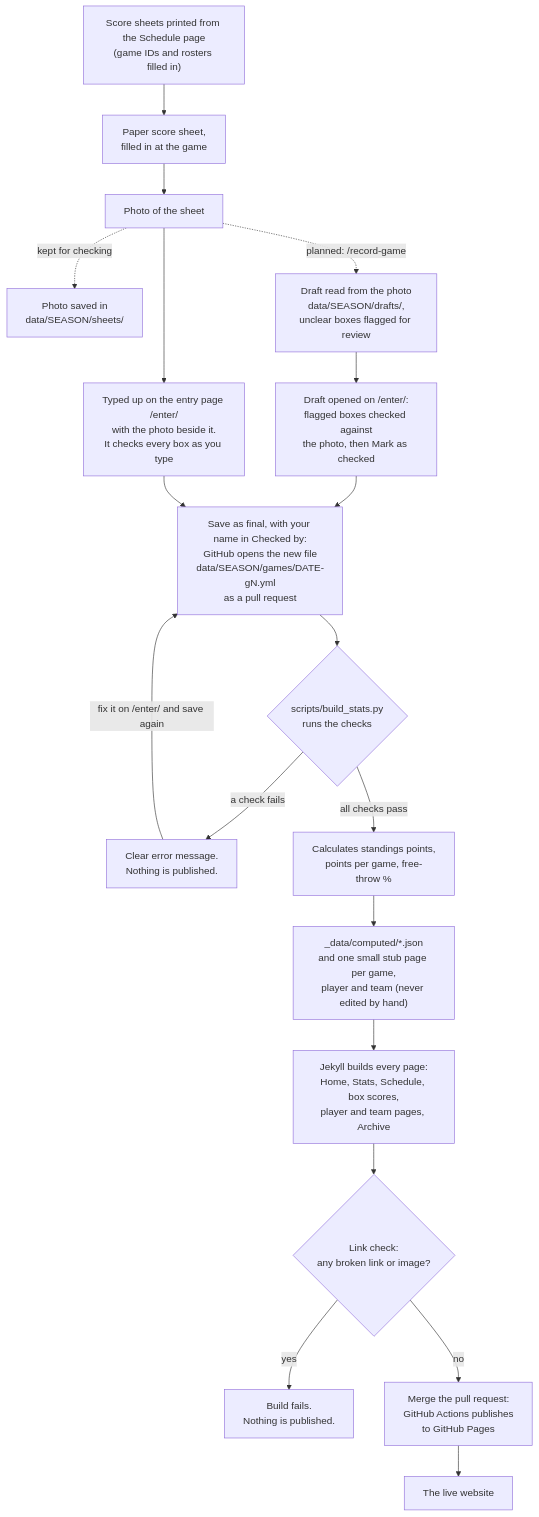
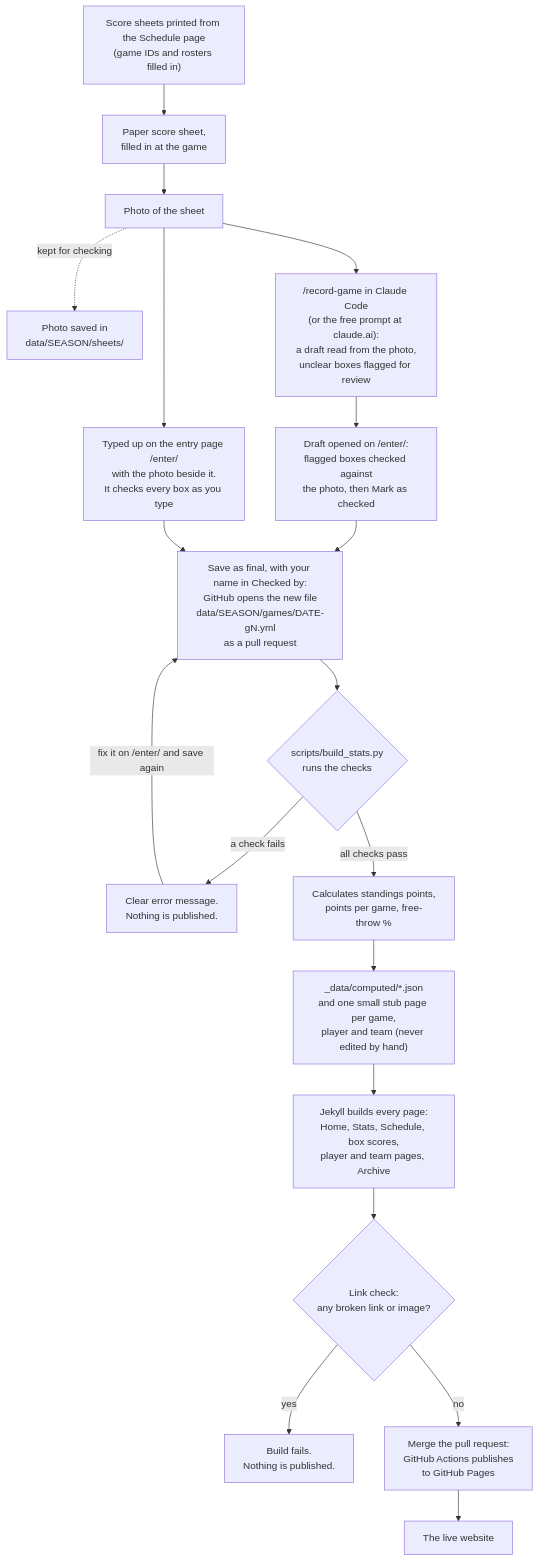
Before and after one commit to tb-masters-basketball/website: the diagram in docs/stats-workflow.md, drawn with Mermaid. The commit also changed other lines of this file and 18 other files, not shown here.

````diff
--- a/docs/stats-workflow.md
+++ b/docs/stats-workflow.md
@@ -29,21 +33,21 @@
 ```mermaid
 flowchart TD
     S["Score sheets printed from the Schedule page<br/>(game IDs and rosters filled in)"] --> A["Paper score sheet,<br/>filled in at the game"]
     A --> B["Photo of the sheet"]
     B -. "kept for checking" .-> P["Photo saved in<br/>data/SEASON/sheets/"]
     B --> C["Typed up on the entry page /enter/<br/>with the photo beside it.<br/>It checks every box as you type"]
-    B -. "planned: /record-game" .-> R["Draft read from the photo<br/>data/SEASON/drafts/,<br/>unclear boxes flagged for review"]
+    B --> R["/record-game in Claude Code<br/>(or the free prompt at claude.ai):<br/>a draft read from the photo,<br/>unclear boxes flagged for review"]
     R --> K["Draft opened on /enter/:<br/>flagged boxes checked against<br/>the photo, then Mark as checked"]
     K --> V
     C --> V["Save as final, with your name in Checked by:<br/>GitHub opens the new file<br/>data/SEASON/games/DATE-gN.yml<br/>as a pull request"]
     V --> D{"scripts/build_stats.py<br/>runs the checks"}
     D -- "a check fails" --> E["Clear error message.<br/>Nothing is published."]
     E -- "fix it on /enter/ and save again" --> V
     D -- "all checks pass" --> F["Calculates standings points,<br/>points per game, free-throw %"]
     F --> G["_data/computed/*.json<br/>and one small stub page per game,<br/>player and team (never edited by hand)"]
     G --> H["Jekyll builds every page:<br/>Home, Stats, Schedule, box scores,<br/>player and team pages, Archive"]
     H --> L{"Link check:<br/>any broken link or image?"}
     L -- "yes" --> E2["Build fails.<br/>Nothing is published."]
     L -- "no" --> I["Merge the pull request:<br/>GitHub Actions publishes<br/>to GitHub Pages"]
     I --> J["The live website"]
 ```
````
